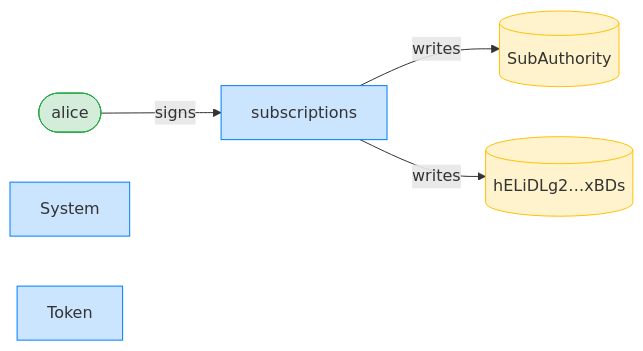
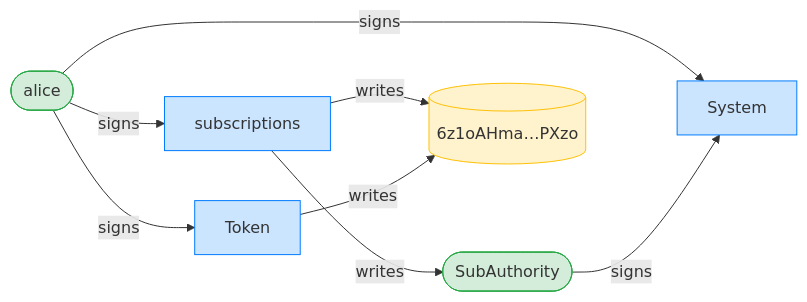
The third of 8 diagrams in dsl_tests/transfer-subscription--an-expired-plan-is-refused.md (cds-rs/subscriptions), drawn with Mermaid before and after one commit. The commit also changed other lines of this file and 224 other files, not shown here.

````diff
--- a/dsl_tests/transfer-subscription--an-expired-plan-is-refused.md
+++ b/dsl_tests/transfer-subscription--an-expired-plan-is-refused.md
@@ -55,15 +56,19 @@
 ```mermaid
 flowchart LR
     classDef signer fill:#d4edda,stroke:#28a745;
     classDef program fill:#cce5ff,stroke:#007bff;
     classDef writable fill:#fff3cd,stroke:#ffc107;
     subscriptions[subscriptions]:::program
     alice([alice]):::signer
-    SubAuthority[(SubAuthority)]:::writable
-    hELiDLg2_xBDs[("hELiDLg2…xBDs")]:::writable
+    SubAuthority([SubAuthority]):::signer
+    6z1oAHma_PXzo[("6z1oAHma…PXzo")]:::writable
     System[System]:::program
     Token[Token]:::program
     alice -->|signs| subscriptions
+    alice -->|signs| System
+    SubAuthority -->|signs| System
+    alice -->|signs| Token
     subscriptions -->|writes| SubAuthority
-    subscriptions -->|writes| hELiDLg2_xBDs
+    subscriptions -->|writes| 6z1oAHma_PXzo
+    Token -->|writes| 6z1oAHma_PXzo
 ```
````
